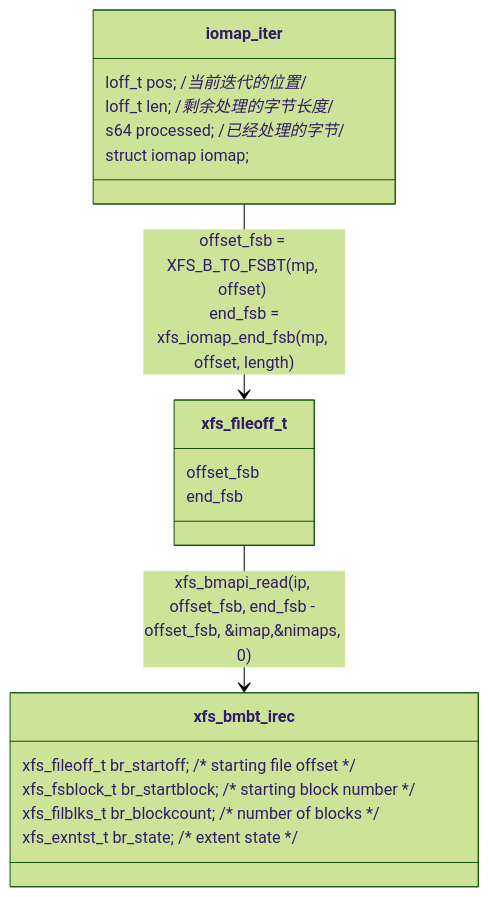
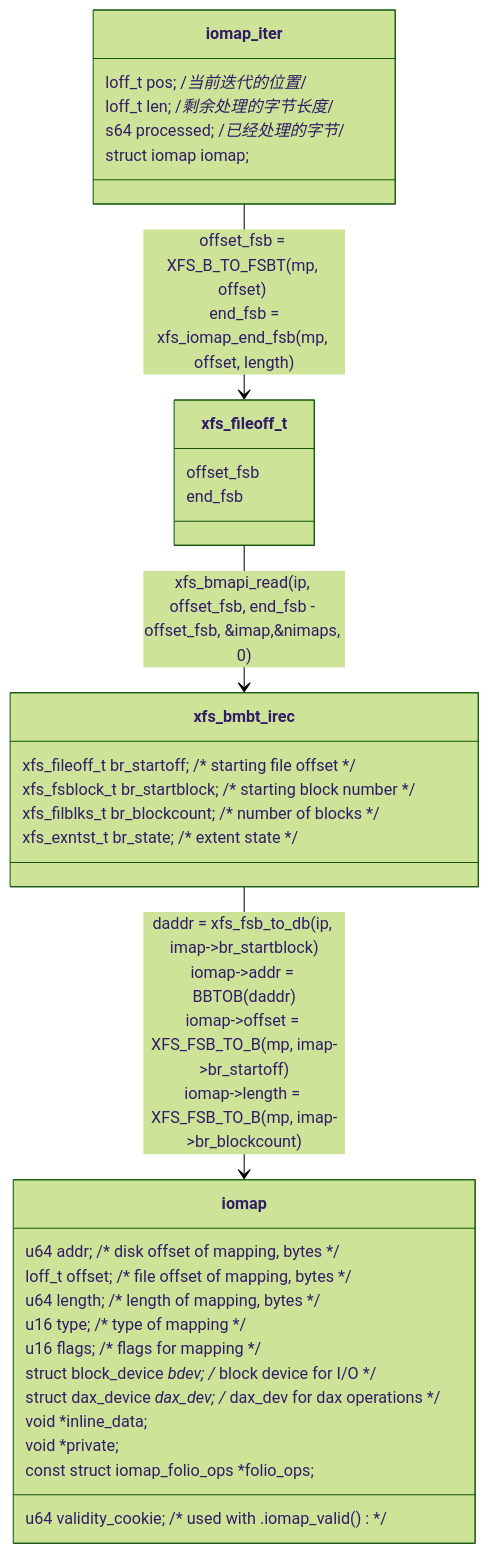
One commit to sigmanature/learn_os_note changed the second of 2 diagrams in 6.13.1内核文档注释/fs/iomap/buffered_io.c/README.md. Above: the diagram before and after it, drawn with Mermaid (forest theme).

````diff
--- a/6.13.1内核文档注释/fs/iomap/buffered_io.c/README.md
+++ b/6.13.1内核文档注释/fs/iomap/buffered_io.c/README.md
@@ -27,22 +27,35 @@
 ```mermaid
 classDiagram
     class A["iomap_iter"] {
         loff_t pos; /*当前迭代的位置*/
         loff_t len; /*剩余处理的字节长度*/
         s64 processed; /*已经处理的字节*/
         struct iomap iomap;
     }
     class B["xfs_fileoff_t"]{
     offset_fsb
     end_fsb
     }
     class C["xfs_bmbt_irec"]{
 	xfs_fileoff_t	br_startoff;	/* starting file offset */
 	xfs_fsblock_t	br_startblock;	/* starting block number */
 	xfs_filblks_t	br_blockcount;	/* number of blocks */
 	xfs_exntst_t	br_state;	/* extent state */
-} 
+    } 
+    class D["iomap"] {
+	u64			addr; /* disk offset of mapping, bytes */
+	loff_t			offset;	/* file offset of mapping, bytes */
+	u64			length;	/* length of mapping, bytes */
+	u16			type;	/* type of mapping */
+	u16			flags;	/* flags for mapping */
+	struct block_device	*bdev;	/* block device for I/O */
+	struct dax_device	*dax_dev; /* dax_dev for dax operations */
+	void			*inline_data;
+	void			*private; 
+	const struct iomap_folio_ops *folio_ops;
+	u64			validity_cookie; /* used with .iomap_valid() */
+}
     A --> B : offset_fsb = XFS_B_TO_FSBT(mp, offset) <br> end_fsb = xfs_iomap_end_fsb(mp, offset, length)
     B --> C :xfs_bmapi_read(ip, offset_fsb, end_fsb - offset_fsb, &imap,&nimaps, 0)
-
+    C --> D :daddr = xfs_fsb_to_db(ip, imap->br_startblock)<br>iomap->addr = BBTOB(daddr)<br>iomap->offset = XFS_FSB_TO_B(mp, imap->br_startoff)<br>iomap->length = XFS_FSB_TO_B(mp, imap->br_blockcount)
 ```
````
